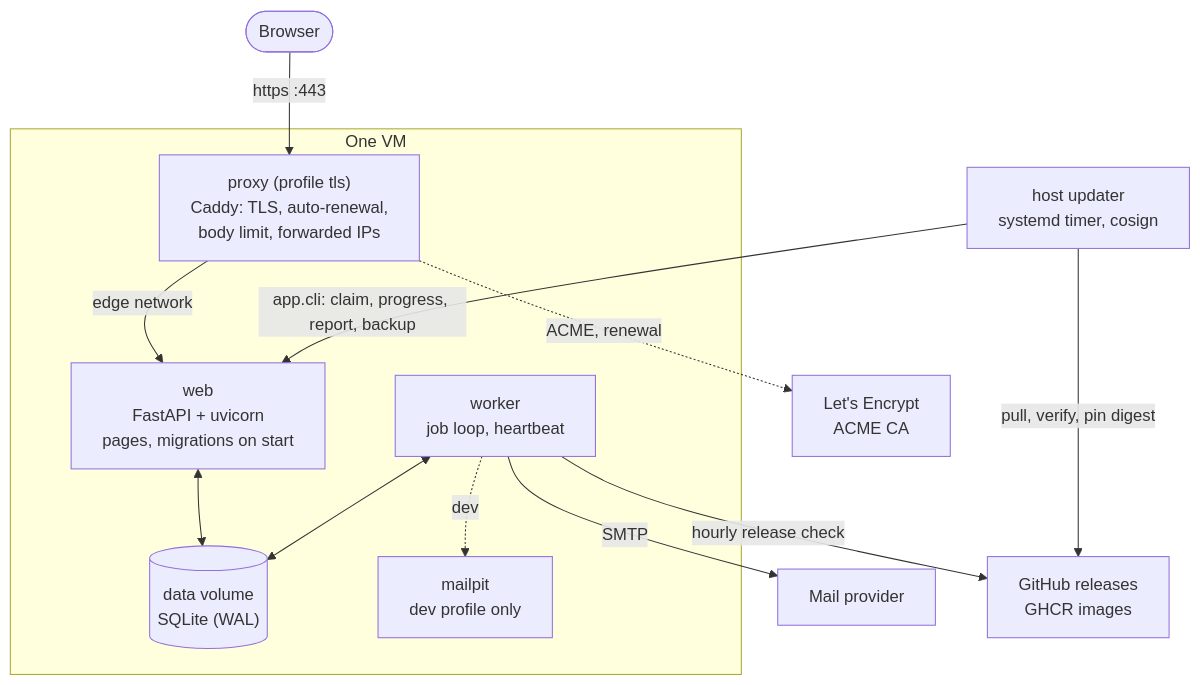
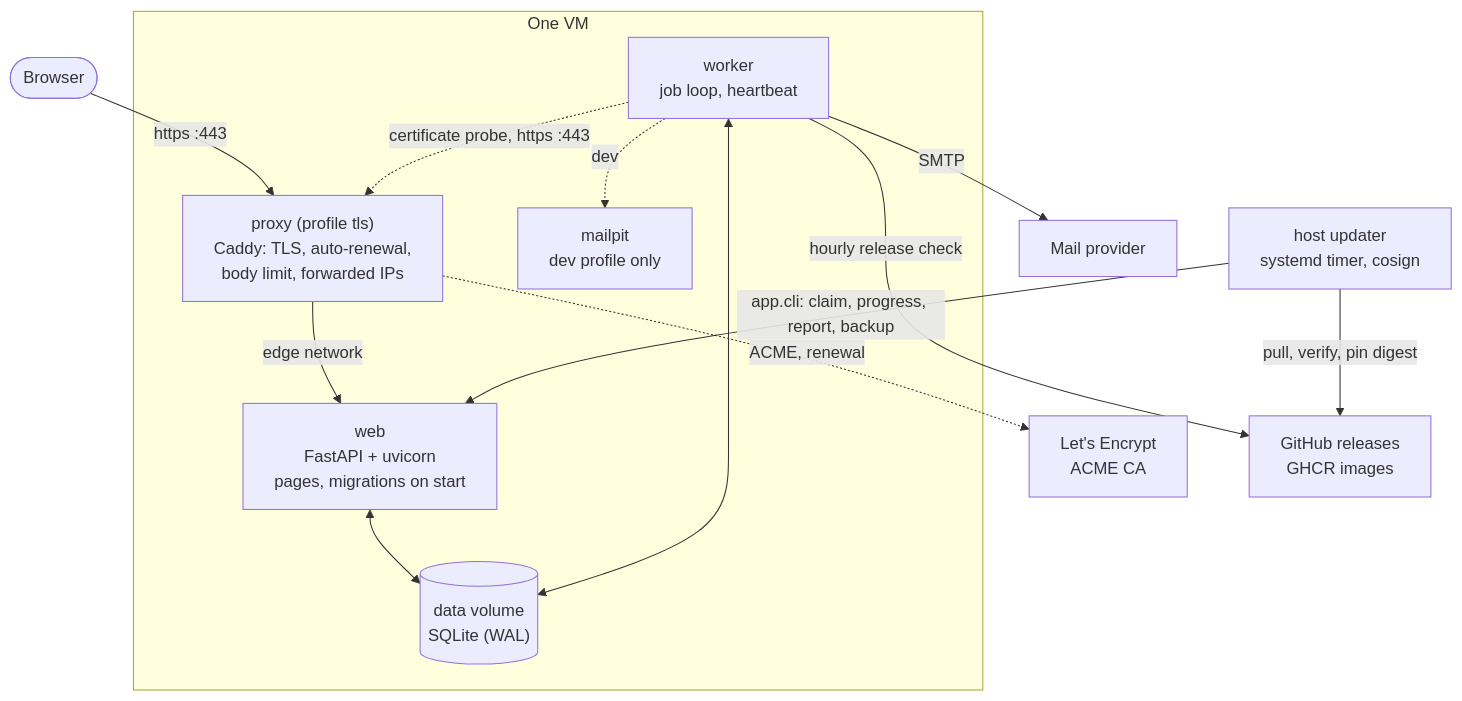
One commit to 3Corners-Labs/OpenPlanner changed the second of 14 diagrams in docs/architecture.md. Above: the diagram before and after it, drawn with Mermaid. The commit also changed other lines of this file and 46 other files, not shown here.

First line of the commit message:
feat(tls): HTTPS by default, certificate status and own certificate (ADR 0064)

````diff
--- a/docs/architecture.md
+++ b/docs/architecture.md
@@ -86,28 +86,29 @@
 ```mermaid
 flowchart TB
     browser([Browser])
     acme[Let's Encrypt<br/>ACME CA]
 
     subgraph host [One VM]
         proxy["proxy (profile tls)<br/>Caddy: TLS, auto-renewal,<br/>body limit, forwarded IPs"]
         web["web<br/>FastAPI + uvicorn<br/>pages, migrations on start"]
         worker["worker<br/>job loop, heartbeat"]
         volume[("data volume<br/>SQLite (WAL)")]
         mailpit["mailpit<br/>dev profile only"]
     end
 
     smtp[Mail provider]
     github[GitHub releases<br/>GHCR images]
     updater["host updater<br/>systemd timer, cosign"]
 
     browser -- "https :443" --> proxy -- edge network --> web
     proxy -. "ACME, renewal" .-> acme
     web <--> volume
     worker <--> volume
     worker -- SMTP --> smtp
     worker -- hourly release check --> github
+    worker -. "certificate probe, https :443" .-> proxy
     updater -- "app.cli: claim, progress, report, backup" --> web
     updater -- "pull, verify, pin digest" --> github
     worker -. dev .-> mailpit
 
 ```
````
